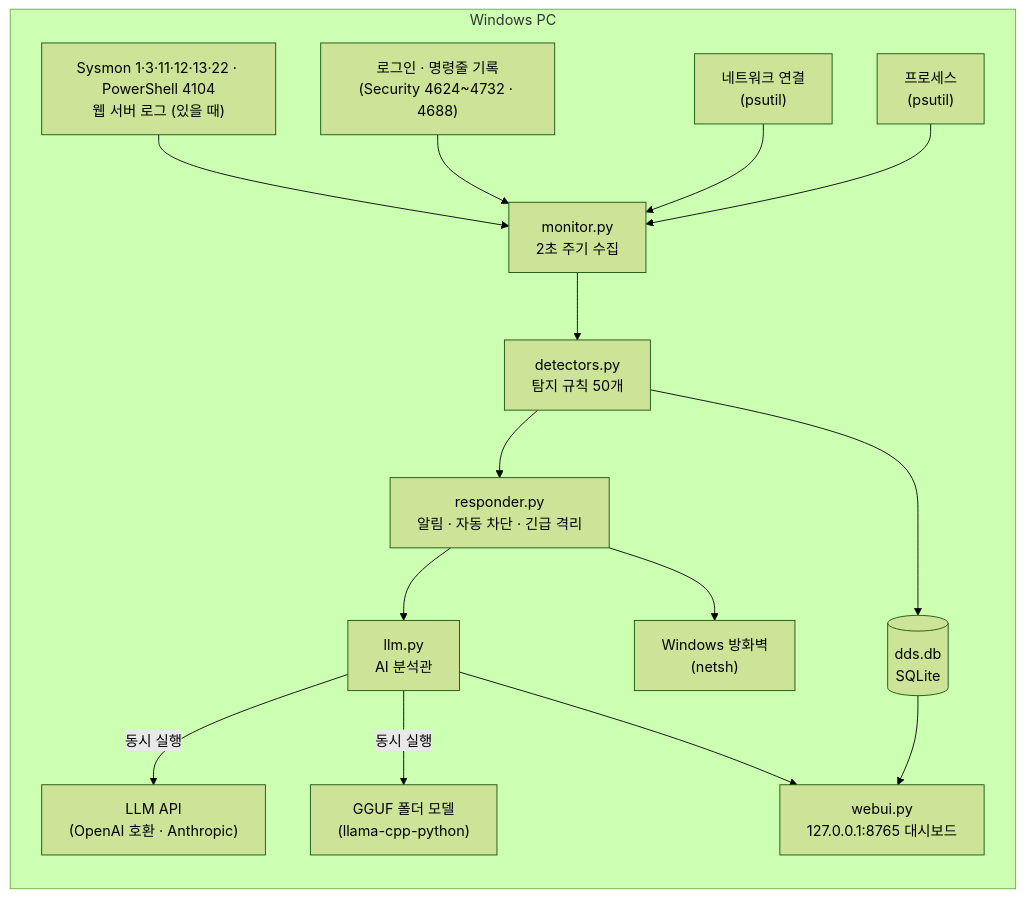
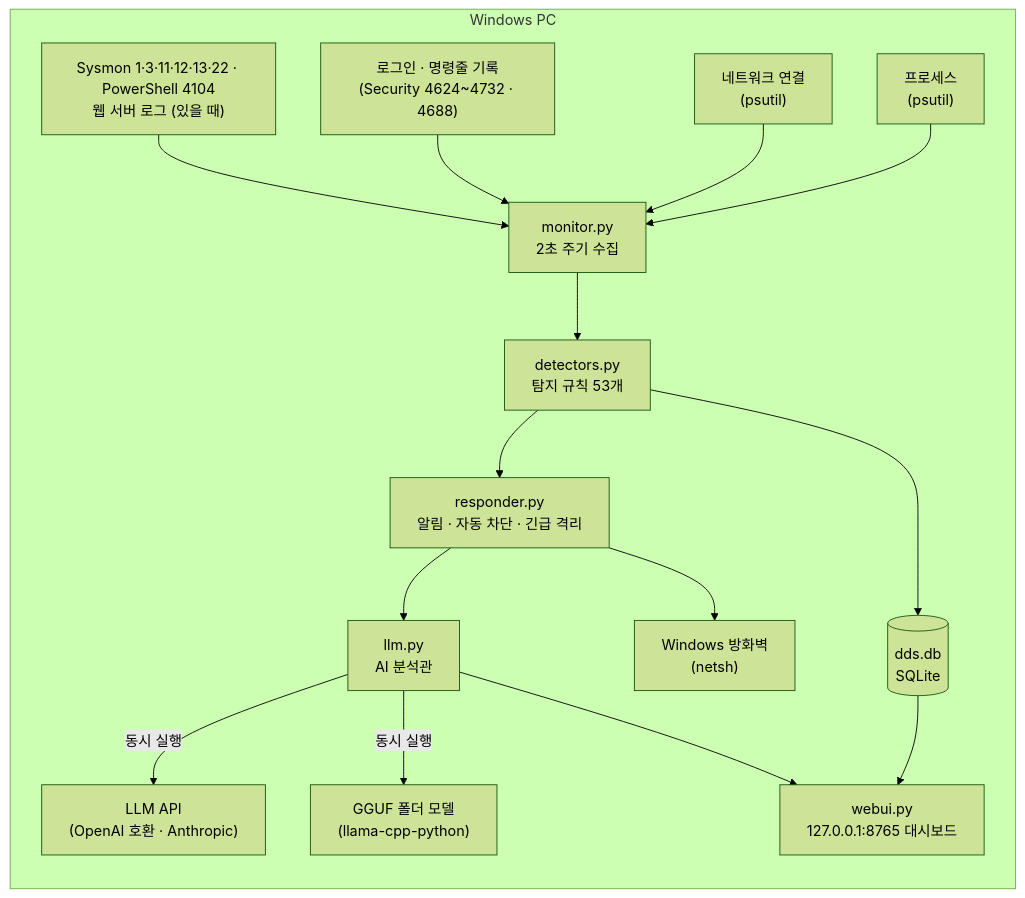
Before and after one commit to Forests2/StayThere-IDS: the diagram in README.md, drawn with Mermaid (forest theme). The commit also changed other lines of this file and 17 other files, not shown here.

````diff
--- a/README.md
+++ b/README.md
@@ -177,18 +193,18 @@
 ```mermaid
 flowchart LR
   subgraph PC["Windows PC"]
     C1["프로세스<br/>(psutil)"] --> M
     C2["네트워크 연결<br/>(psutil)"] --> M
     C3["로그인 · 명령줄 기록<br/>(Security 4624~4732 · 4688)"] --> M
     C4["Sysmon 1·3·11·12·13·22 · PowerShell 4104<br/>웹 서버 로그 (있을 때)"] --> M
-    M["monitor.py<br/>2초 주기 수집"] --> D["detectors.py<br/>탐지 규칙 50개"]
+    M["monitor.py<br/>2초 주기 수집"] --> D["detectors.py<br/>탐지 규칙 53개"]
     D --> DB[("dds.db<br/>SQLite")]
     D --> R["responder.py<br/>알림 · 자동 차단 · 긴급 격리"]
     R --> FW["Windows 방화벽<br/>(netsh)"]
     R --> A["llm.py<br/>AI 분석관"]
     A -->|동시 실행| API["LLM API<br/>(OpenAI 호환 · Anthropic)"]
     A -->|동시 실행| G["GGUF 폴더 모델<br/>(llama-cpp-python)"]
     DB --> W["webui.py<br/>127.0.0.1:8765 대시보드"]
     A --> W
   end
 ```
````
